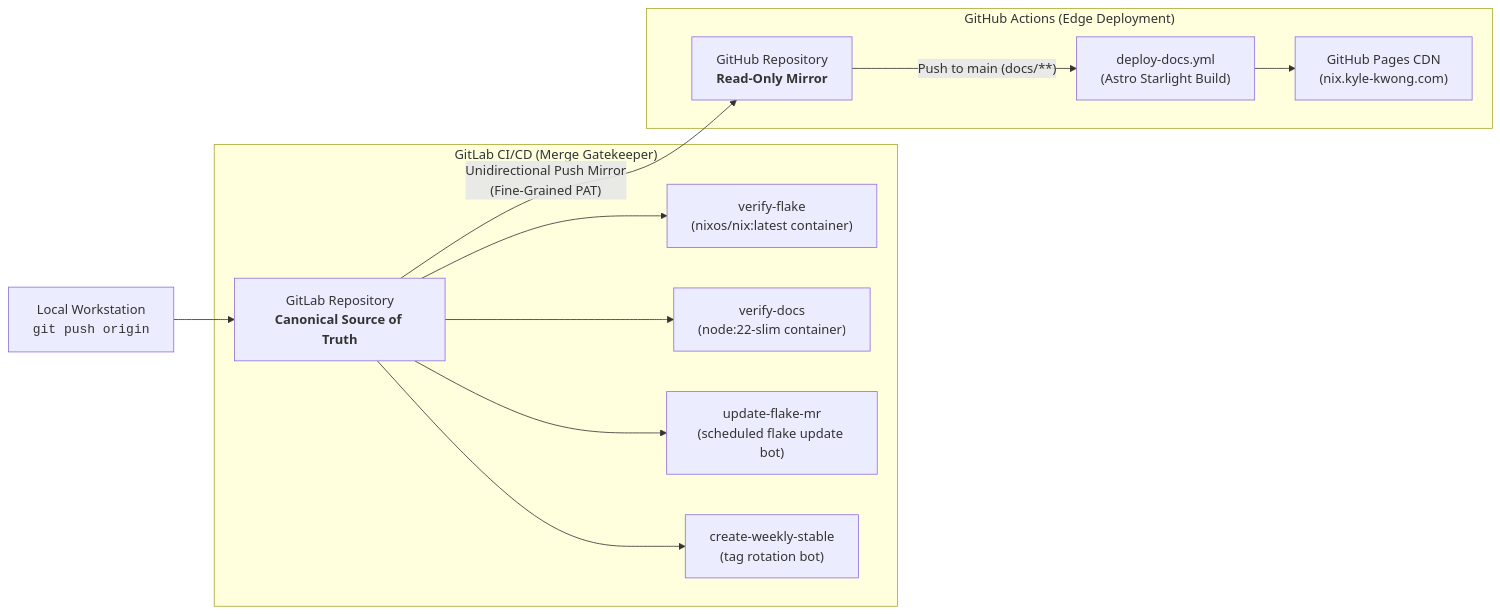
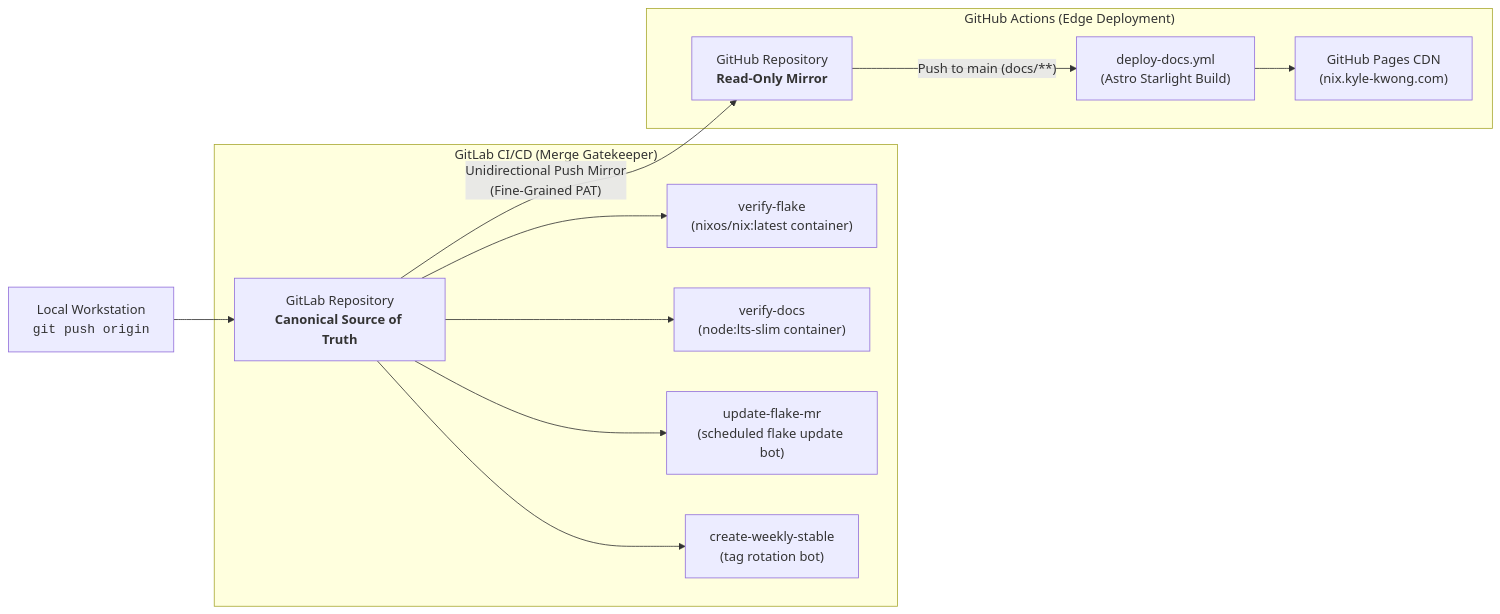
Before and after one commit to SYKwong/nix-config: the first of 2 diagrams in docs/src/content/docs/split-ci.md, drawn with Mermaid. The commit also changed other lines of this file and 2 other files, not shown here.

Commit message:
ci(gitlab): update verify-docs image to node:lts-slim

````diff
--- a/docs/src/content/docs/split-ci.md
+++ b/docs/src/content/docs/split-ci.md
@@ -18,18 +18,18 @@
 ```mermaid
 flowchart LR
     dev["Local Workstation<br/><code>git push origin</code>"] --> gitlab["GitLab Repository<br/><b>Canonical Source of Truth</b>"]
 
     subgraph gitlab_ci ["GitLab CI/CD (Merge Gatekeeper)"]
         gitlab --> test["verify-flake<br/>(nixos/nix:latest container)"]
-        gitlab --> docs_check["verify-docs<br/>(node:22-slim container)"]
+        gitlab --> docs_check["verify-docs<br/>(node:lts-slim container)"]
         gitlab --> lock_bot["update-flake-mr<br/>(scheduled flake update bot)"]
         gitlab --> stable_tag["create-weekly-stable<br/>(tag rotation bot)"]
     end
 
     gitlab -- "Unidirectional Push Mirror<br/>(Fine-Grained PAT)" --> github["GitHub Repository<br/><b>Read-Only Mirror</b>"]
 
     subgraph github_actions ["GitHub Actions (Edge Deployment)"]
         github -- "Push to main (docs/**)" --> deploy["deploy-docs.yml<br/>(Astro Starlight Build)"]
         deploy --> pages["GitHub Pages CDN<br/>(nix.kyle-kwong.com)"]
     end
 ```
````
